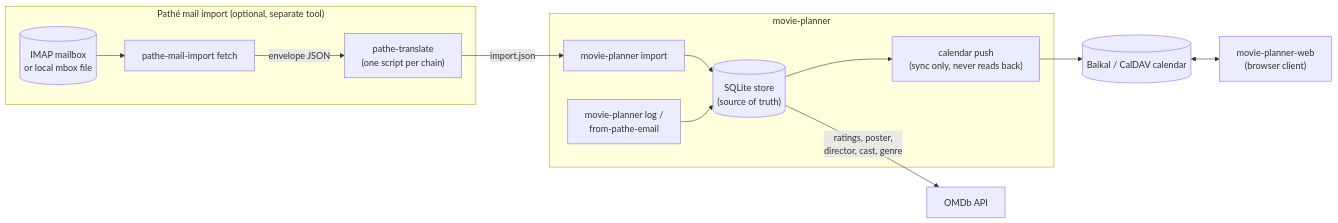
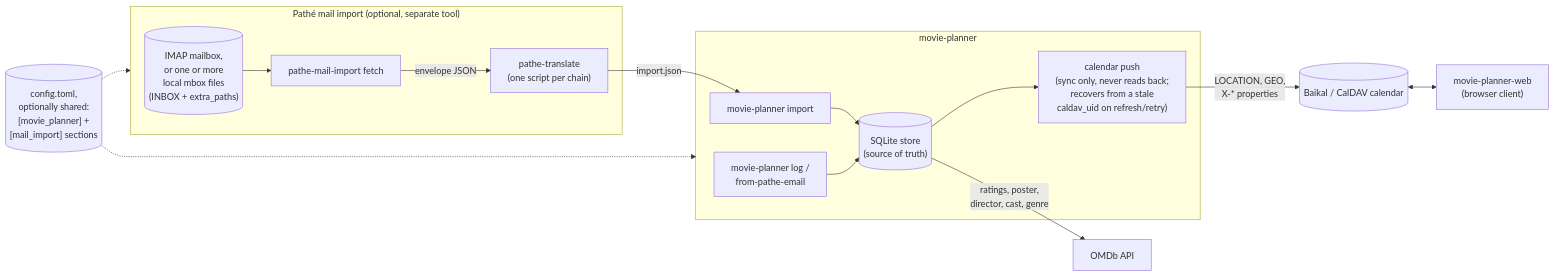
The diagram in docs/architecture.md (alrayyes/movie-planner), drawn with Mermaid before and after one commit. The commit also changed other lines of this file and 3 other files, not shown here.

First line of the commit message:
docs(architecture): refresh diagram and note current known gaps (#197)

````diff
--- a/docs/architecture.md
+++ b/docs/architecture.md
@@ -7,22 +7,26 @@
 ```mermaid
 flowchart LR
     subgraph mail["Pathé mail import (optional, separate tool)"]
-        Mailbox[("IMAP mailbox\nor local mbox file")]
+        Mailbox[("IMAP mailbox,\nor one or more\nlocal mbox files\n(INBOX + extra_paths)")]
         Fetch["pathe-mail-import fetch"]
         Translate["pathe-translate\n(one script per chain)"]
         Mailbox --> Fetch
         Fetch -- "envelope JSON" --> Translate
     end
 
     Translate -- "import.json" --> Import["movie-planner import"]
 
     subgraph mp["movie-planner"]
         Import --> Store[("SQLite store\n(source of truth)")]
         Log["movie-planner log /\nfrom-pathe-email"] --> Store
-        Store --> Sync["calendar push\n(sync only, never reads back)"]
+        Store --> Sync["calendar push\n(sync only, never reads back;\nrecovers from a stale\ncaldav_uid on refresh/retry)"]
     end
 
     Store -- "ratings, poster,\ndirector, cast, genre" --> OMDb["OMDb API"]
-    Sync --> CalDAV[("Baikal / CalDAV calendar")]
+    Sync -- "LOCATION, GEO,\nX-* properties" --> CalDAV[("Baikal / CalDAV calendar")]
     CalDAV <--> Web["movie-planner-web\n(browser client)"]
+
+    Config[("config.toml,\noptionally shared:\n[movie_planner] +\n[mail_import] sections")]
+    Config -.-> mp
+    Config -.-> mail
 ```
````
